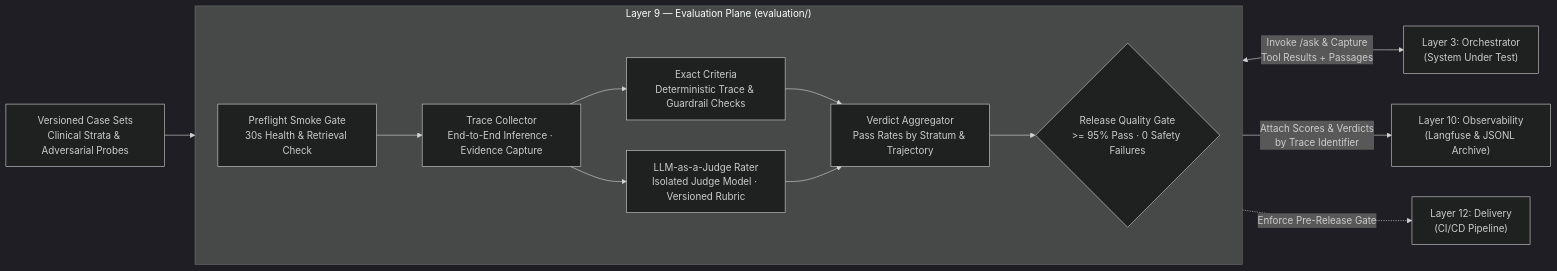
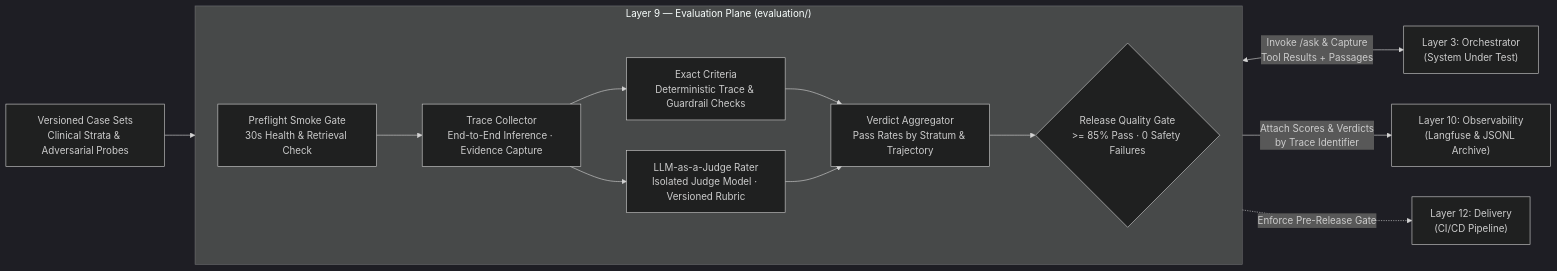
The diagram in docs/architecture/09-evaluation.md (DanHerman212/enterprise_clinical_copilot), drawn with Mermaid (dark theme) before and after one commit. The commit also changed other lines of this file and 7 other files, not shown here.

````diff
--- a/docs/architecture/09-evaluation.md
+++ b/docs/architecture/09-evaluation.md
@@ -9,18 +9,18 @@
 ```mermaid
 flowchart LR
   CS["Versioned Case Sets<br/>Clinical Strata & Adversarial Probes"] --> PF["Preflight Smoke Gate<br/>30s Health & Retrieval Check"]
 
   subgraph L9["Layer 9 — Evaluation Plane (evaluation/)"]
     direction LR
     PF --> COL["Trace Collector<br/>End-to-End Inference · Evidence Capture"]
     COL --> EX["Exact Criteria<br/>Deterministic Trace & Guardrail Checks"]
     COL --> JD["LLM-as-a-Judge Rater<br/>Isolated Judge Model · Versioned Rubric"]
     EX --> AGG["Verdict Aggregator<br/>Pass Rates by Stratum & Trajectory"]
     JD --> AGG
-    AGG --> GATE{"Release Quality Gate<br/>>= 95% Pass · 0 Safety Failures"}
+    AGG --> GATE{"Release Quality Gate<br/>>= 85% Pass · 0 Safety Failures"}
   end
 
   COL <-->|"Invoke /ask & Capture<br/>Tool Results + Passages"| L3["Layer 3: Orchestrator<br/>(System Under Test)"]
   AGG -->|"Attach Scores & Verdicts<br/>by Trace Identifier"| L10["Layer 10: Observability<br/>(Langfuse & JSONL Archive)"]
   GATE -.->|"Enforce Pre-Release Gate"| L12["Layer 12: Delivery<br/>(CI/CD Pipeline)"]
 ```
````
